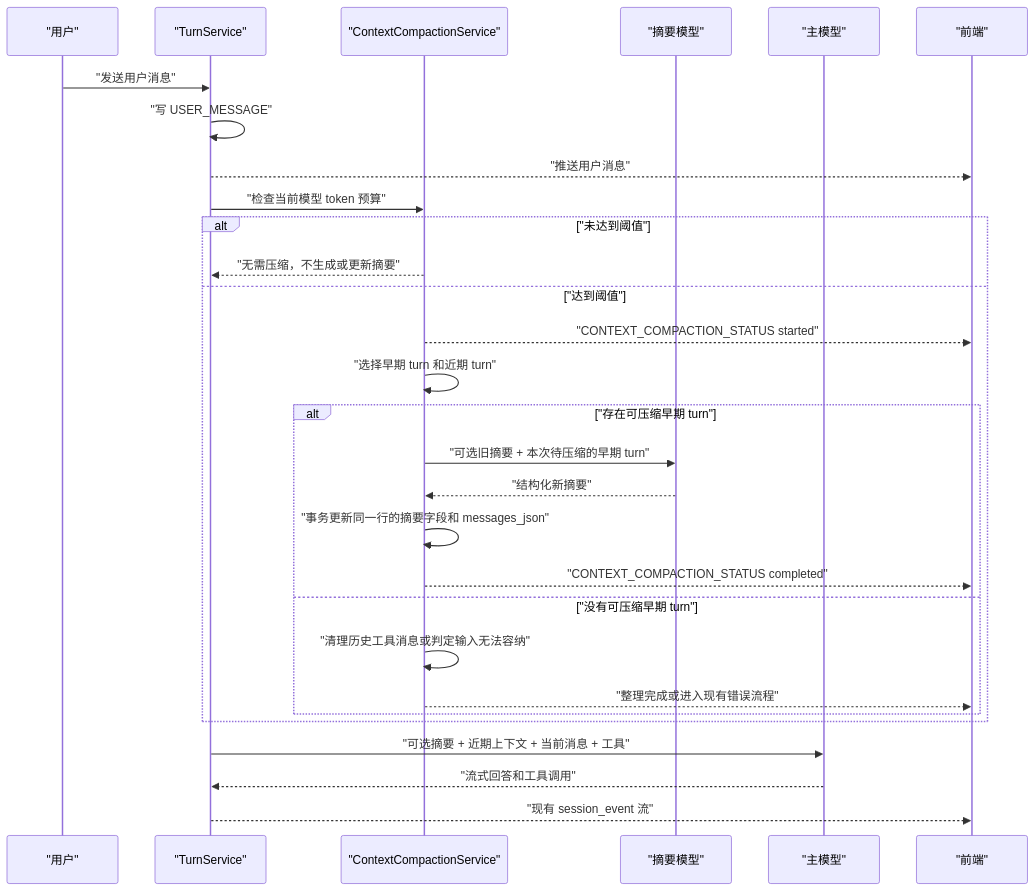
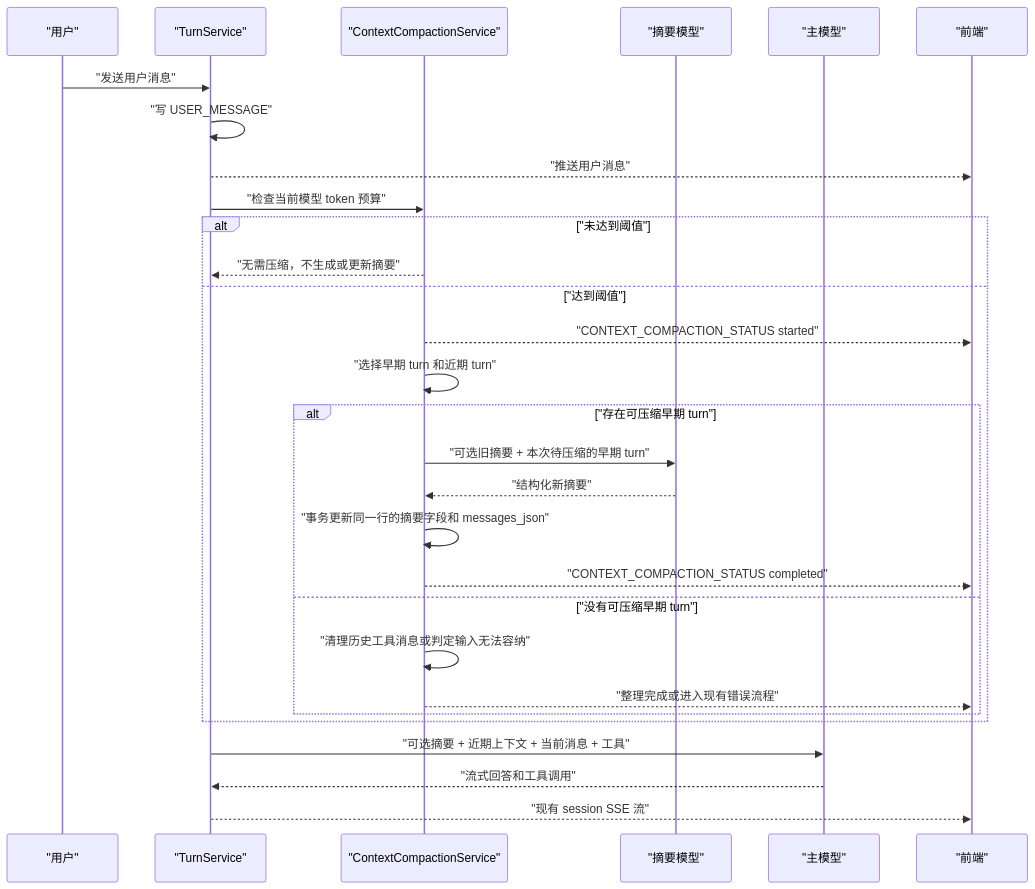
One commit to gotosan/mboo-code changed the third of 3 diagrams in docs/session-context-memory-design.md. Above: the diagram before and after it, drawn with Mermaid. The commit also changed other lines of this file and 8 other files, not shown here.

````diff
--- a/docs/session-context-memory-design.md
+++ b/docs/session-context-memory-design.md
@@ -436,32 +436,32 @@
 ```mermaid
 sequenceDiagram
     participant U as "用户"
     participant T as "TurnService"
     participant C as "ContextCompactionService"
     participant S as "摘要模型"
     participant M as "主模型"
     participant F as "前端"
 
     U->>T: "发送用户消息"
     T->>T: "写 USER_MESSAGE"
     T-->>F: "推送用户消息"
     T->>C: "检查当前模型 token 预算"
     alt "未达到阈值"
         C-->>T: "无需压缩，不生成或更新摘要"
     else "达到阈值"
         C-->>F: "CONTEXT_COMPACTION_STATUS started"
         C->>C: "选择早期 turn 和近期 turn"
         alt "存在可压缩早期 turn"
             C->>S: "可选旧摘要 + 本次待压缩的早期 turn"
             S-->>C: "结构化新摘要"
             C->>C: "事务更新同一行的摘要字段和 messages_json"
             C-->>F: "CONTEXT_COMPACTION_STATUS completed"
         else "没有可压缩早期 turn"
             C->>C: "清理历史工具消息或判定输入无法容纳"
             C-->>F: "整理完成或进入现有错误流程"
         end
     end
     T->>M: "可选摘要 + 近期上下文 + 当前消息 + 工具"
     M-->>T: "流式回答和工具调用"
-    T-->>F: "现有 session_event 流"
+    T-->>F: "现有 session SSE 流"
 ```
````
